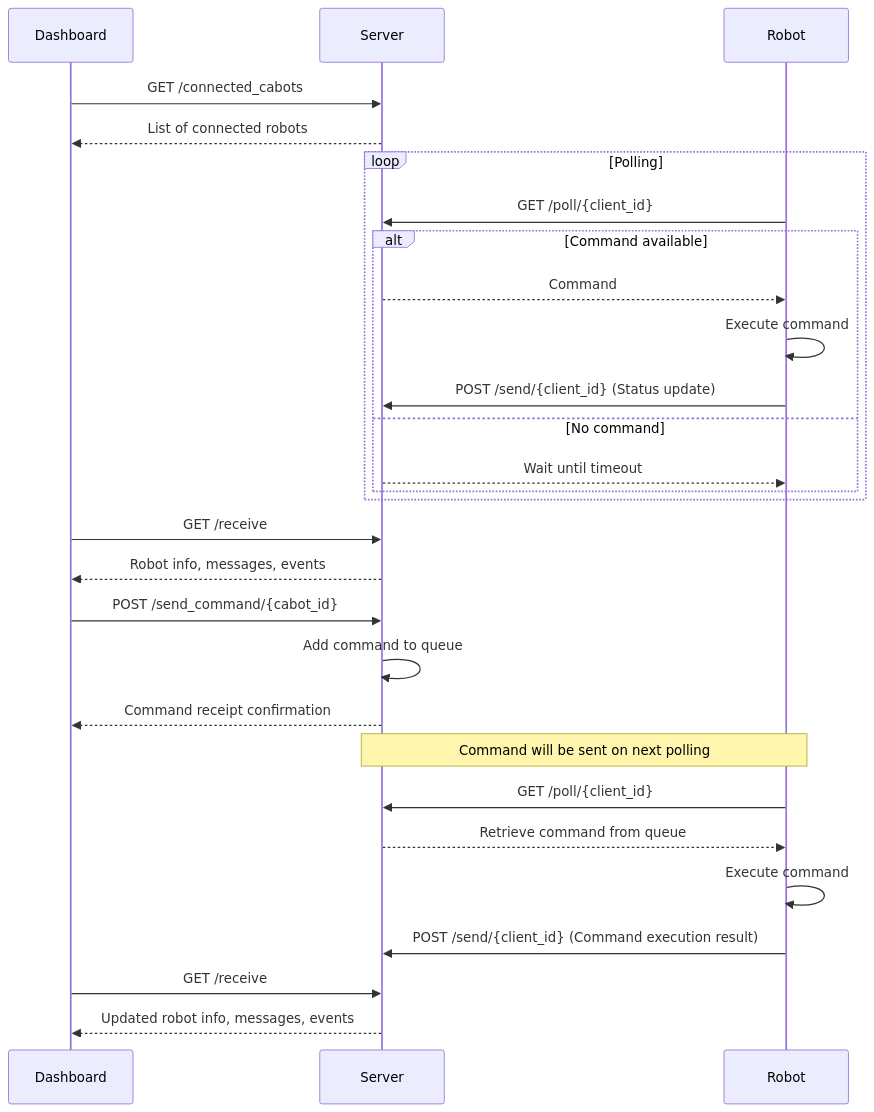
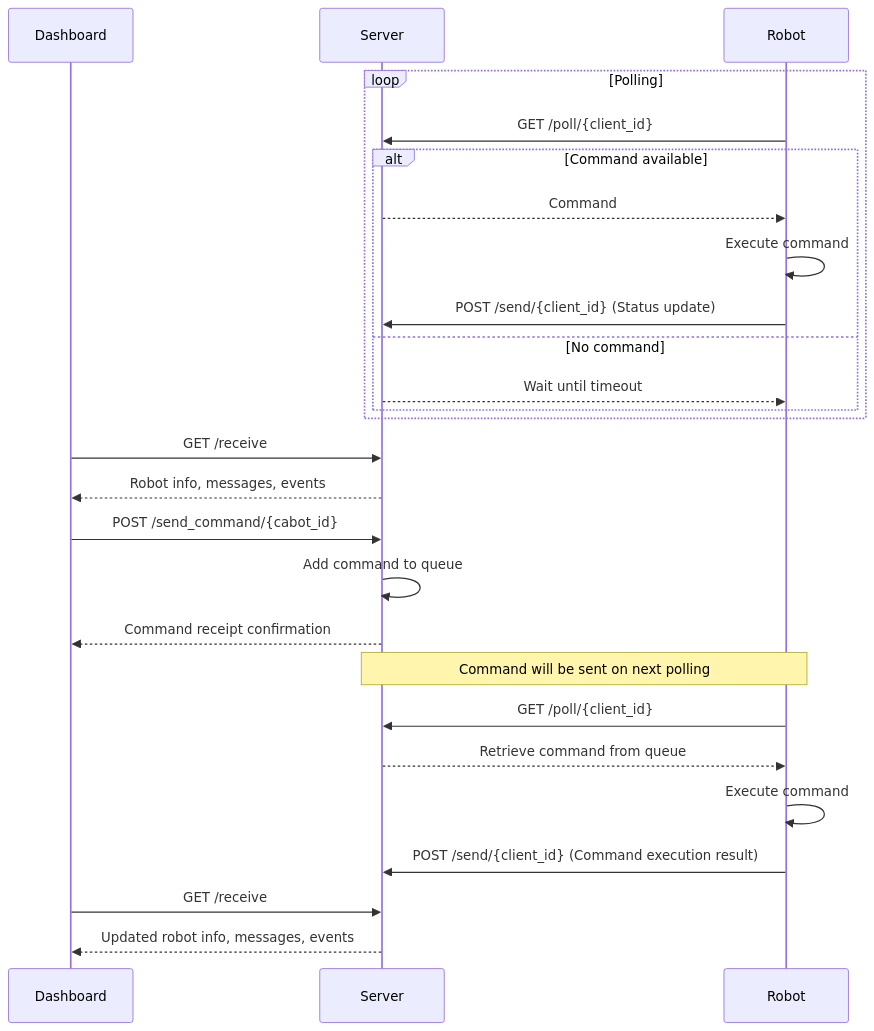
Before and after one commit to CMU-cabot/cabot-dashboard: the second of 2 diagrams in README.md, drawn with Mermaid. The commit also changed other lines of this file and 8 other files, not shown here.

````diff
--- a/README.md
+++ b/README.md
@@ -130,37 +132,34 @@
 ``` mermaid
 sequenceDiagram
     participant Dashboard
     participant Server
     participant Robot
-
-    Dashboard->>Server: GET /connected_cabots
-    Server-->>Dashboard: List of connected robots
 
     loop Polling
         Robot->>Server: GET /poll/{client_id}
         alt Command available
             Server-->>Robot: Command
             Robot->>Robot: Execute command
             Robot->>Server: POST /send/{client_id} (Status update)
         else No command
             Server-->>Robot: Wait until timeout
         end
     end
 
     Dashboard->>Server: GET /receive
     Server-->>Dashboard: Robot info, messages, events
 
     Dashboard->>Server: POST /send_command/{cabot_id}
     Server->>Server: Add command to queue
     Server-->>Dashboard: Command receipt confirmation
 
     Note over Server,Robot: Command will be sent on next polling
 
     Robot->>Server: GET /poll/{client_id}
     Server-->>Robot: Retrieve command from queue
     Robot->>Robot: Execute command
     Robot->>Server: POST /send/{client_id} (Command execution result)
 
     Dashboard->>Server: GET /receive
     Server-->>Dashboard: Updated robot info, messages, events
 ```
````
